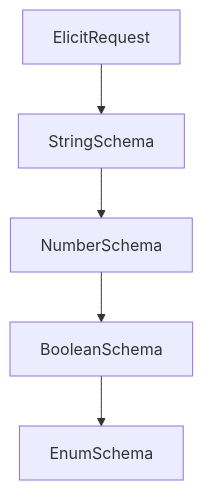
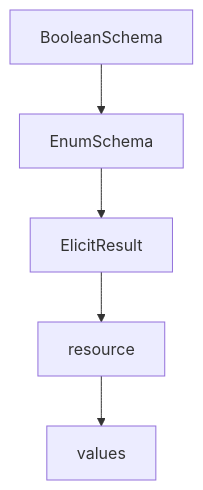
One commit to johnxie/awesome-code-docs changed the diagram in tutorials/mcp-specification-tutorial/04-transport-model-stdio-streamable-http-and-sessions.md. Above: the diagram before and after it, drawn with Mermaid. The commit also changed other lines of this file and 1232 other files, not shown here.

````diff
--- a/tutorials/mcp-specification-tutorial/04-transport-model-stdio-streamable-http-and-sessions.md
+++ b/tutorials/mcp-specification-tutorial/04-transport-model-stdio-streamable-http-and-sessions.md
@@ -221,12 +219,12 @@
 ```mermaid
 flowchart TD
-    A[ElicitRequest]
-    B[StringSchema]
-    C[NumberSchema]
-    D[BooleanSchema]
-    E[EnumSchema]
+    A[BooleanSchema]
+    B[EnumSchema]
+    C[ElicitResult]
+    D[resource]
+    E[values]
     A --> B
     B --> C
     C --> D
     D --> E
 ```
````
